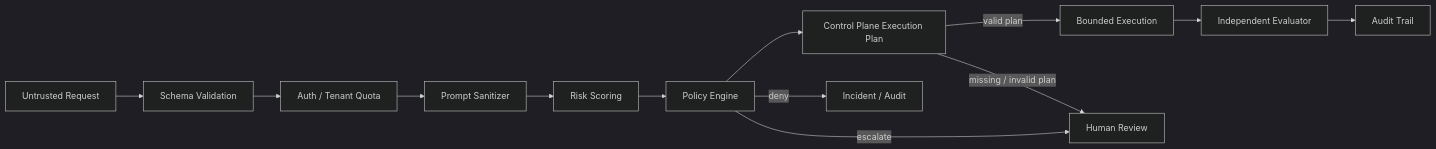
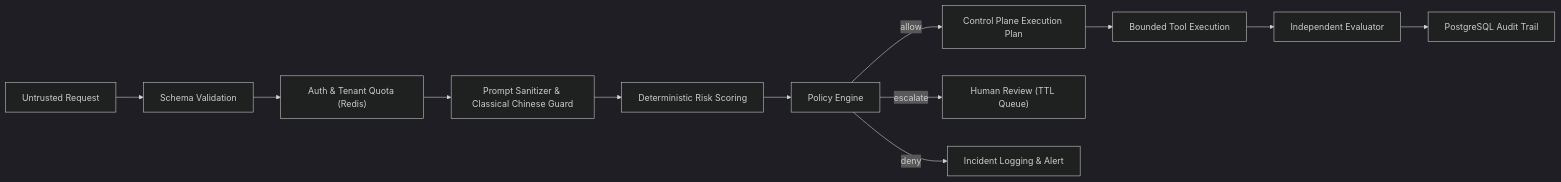
The diagram in docs/security.md (leo459028/RewardHacking), drawn with Mermaid (dark theme) before and after one commit. The commit also changed other lines of this file and 36 other files, not shown here.

````diff
--- a/docs/security.md
+++ b/docs/security.md
@@ -21,15 +26,16 @@
 ```mermaid
 flowchart LR
-  A["Untrusted Request"] --> B["Schema Validation"]
-  B --> T["Auth / Tenant Quota"]
-  T --> C["Prompt Sanitizer"]
-  C --> D["Risk Scoring"]
-  D --> E["Policy Engine"]
-  E --> P["Control Plane Execution Plan"]
-  P -->|valid plan| F["Bounded Execution"]
-  P -->|missing / invalid plan| H
-  E -->|escalate| H["Human Review"]
-  E -->|deny| I["Incident / Audit"]
-  F --> G["Independent Evaluator"]
-  G --> J["Audit Trail"]
+    A["Untrusted Request"] --> B["Schema Validation"]
+    B --> T["Auth & Tenant Quota (Redis)"]
+    T --> C["Prompt Sanitizer & Classical Chinese Guard"]
+    C --> D["Deterministic Risk Scoring"]
+    D --> E["Policy Engine"]
+    
+    E -->|allow| P["Control Plane Execution Plan"]
+    P --> F["Bounded Tool Execution"]
+    E -->|escalate| H["Human Review (TTL Queue)"]
+    E -->|deny| I["Incident Logging & Alert"]
+    
+    F --> G["Independent Evaluator"]
+    G --> J["PostgreSQL Audit Trail"]
 ```
````
